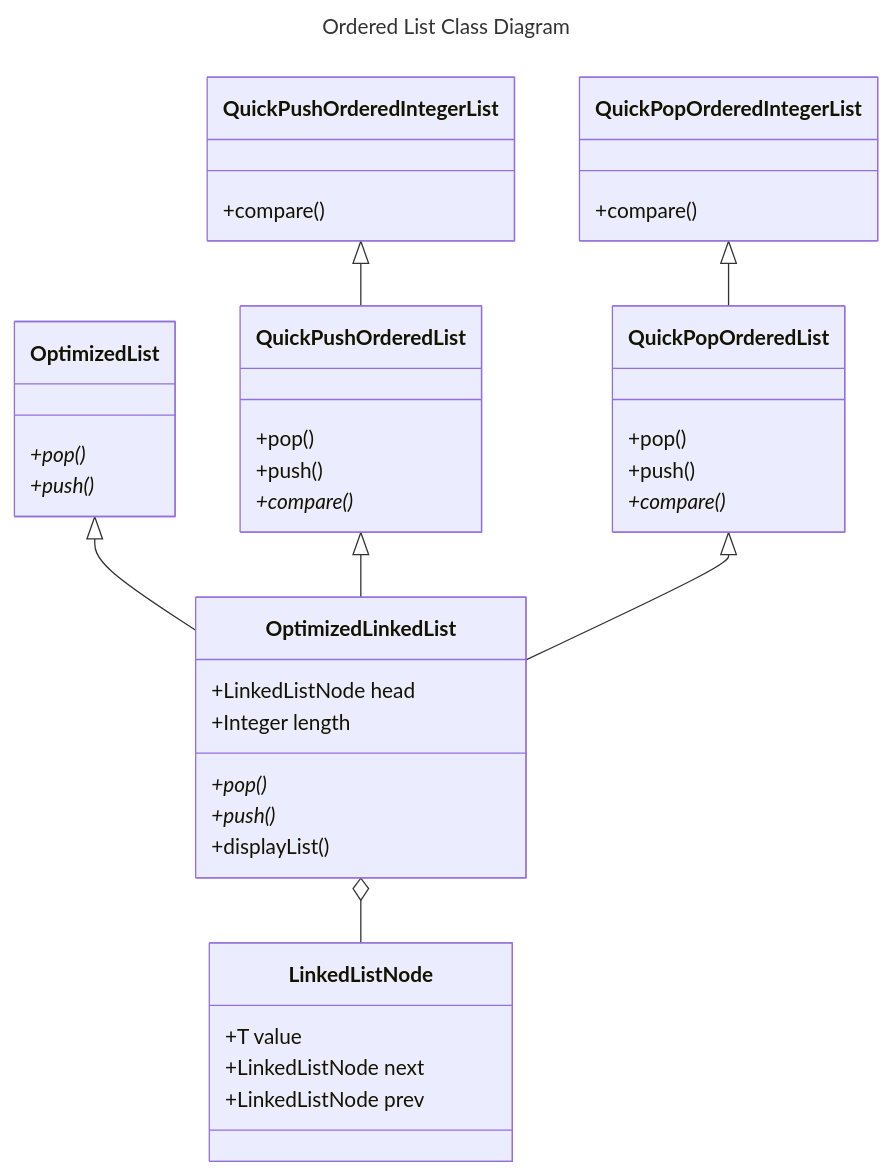
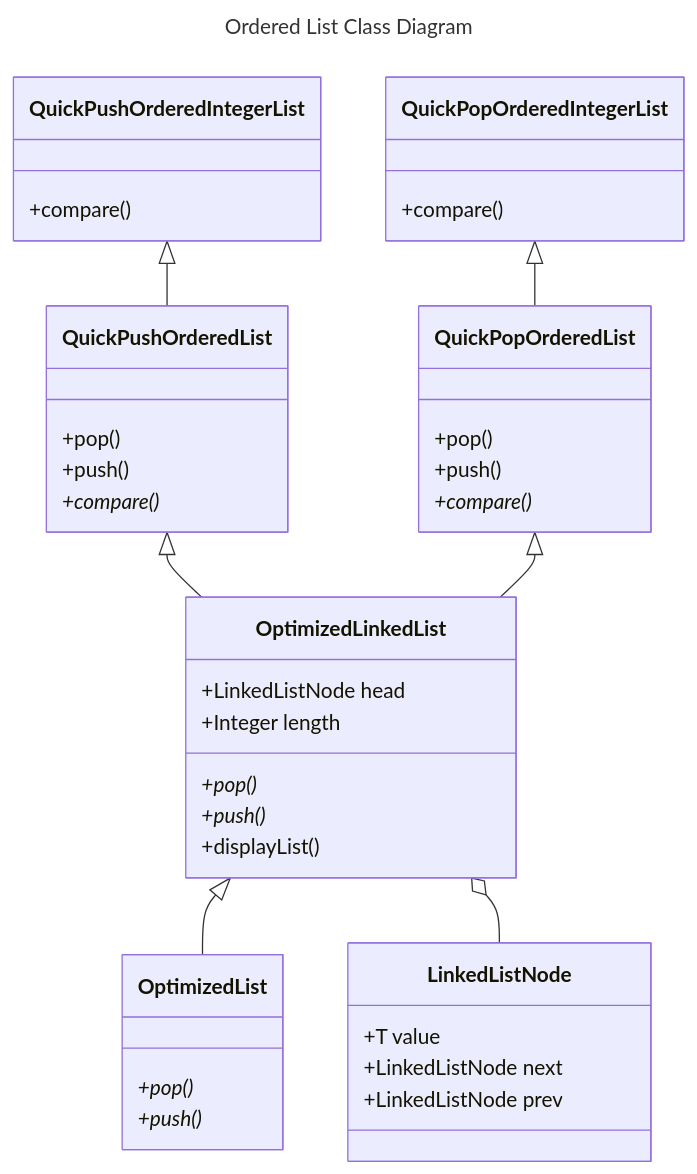
Before and after one commit to ralucadiaconu21/Ordered-List-Module: the diagram in README.md, drawn with Mermaid.

````diff
--- a/README.md
+++ b/README.md
@@ -24,50 +24,50 @@
 ```mermaid
 ---
 title: Ordered List Class Diagram
 ---
 
 classDiagram
-	OptimizedList <|-- OptimizedLinkedList
+	OptimizedLinkedList <|-- OptimizedList
 	OptimizedLinkedList o-- LinkedListNode
 	QuickPushOrderedList <|-- OptimizedLinkedList
 	QuickPopOrderedList <|-- OptimizedLinkedList
 	QuickPopOrderedIntegerList <|-- QuickPopOrderedList
 	QuickPushOrderedIntegerList <|-- QuickPushOrderedList
 	
 	class OptimizedList {
 		+pop()*
 		+push()*
 	}
 	class LinkedListNode {
 		+T value
 		+LinkedListNode next
 		+LinkedListNode prev
 	}
 	class OptimizedLinkedList {
 		+LinkedListNode head
 		+Integer length
 		+pop()*
 		+push()*
 		+displayList()
 	}
 	
 	class QuickPushOrderedList {
 		+pop()
 		+push()
 		+compare()*
 	}
 	
 	class QuickPopOrderedList {
 		+pop()
 		+push()
 		+compare()*
 	}
 	
 	class QuickPushOrderedIntegerList {
 		+compare()
 	}
 	
 	class QuickPopOrderedIntegerList {
 		+compare()
 	}
 ```
````
